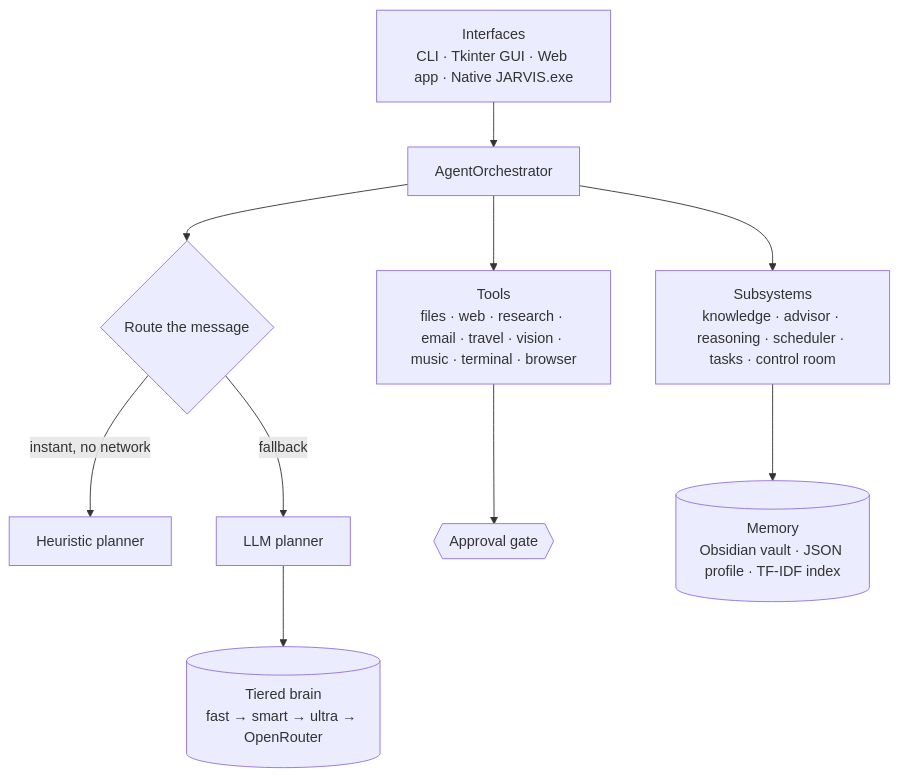
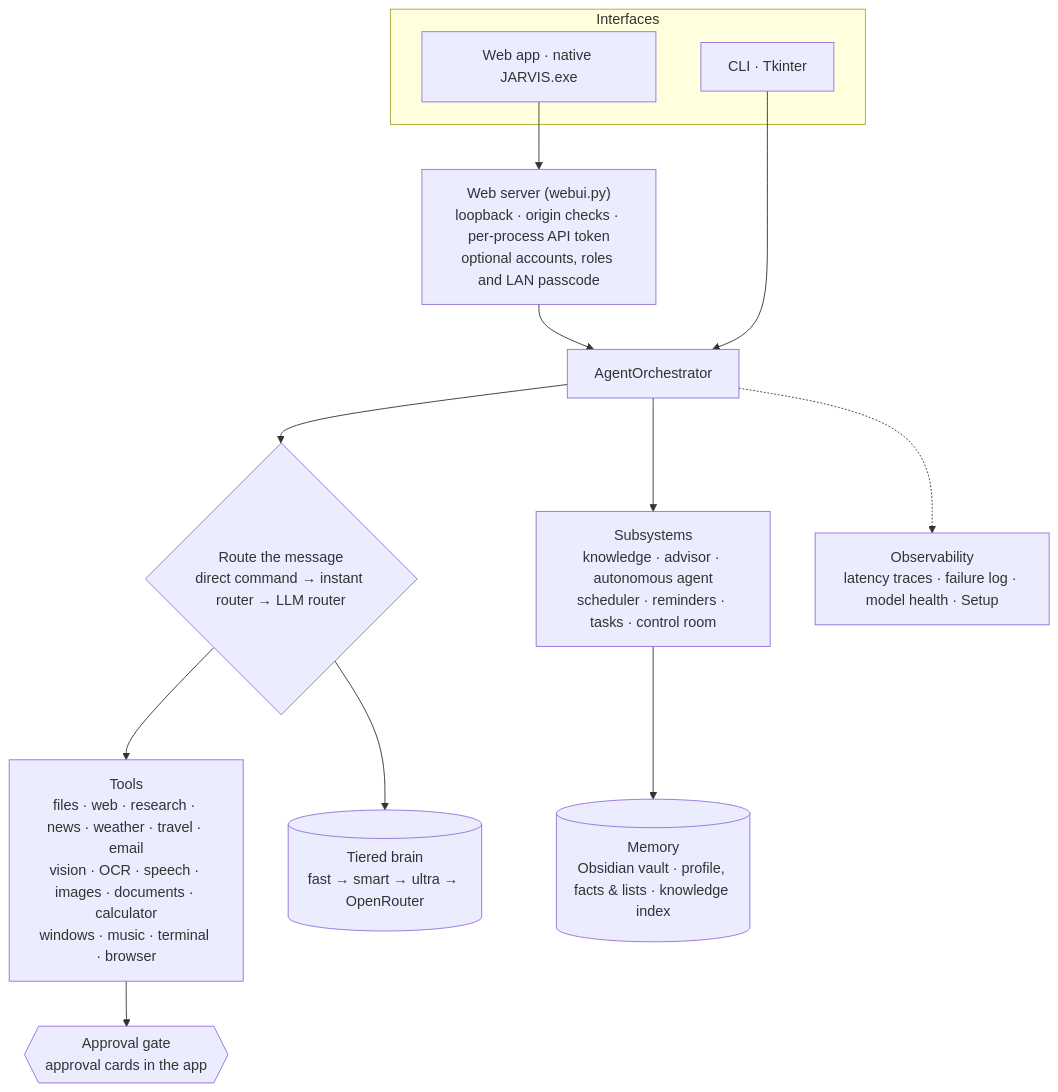
The first of 8 diagrams in README.md (JeevanReddy0828/Personal-AI-Agent-Assistant), drawn with Mermaid before and after one commit. The commit also changed other lines of this file and 7 other files, not shown here.

First line of the commit message:
README: everything built so far, with screenshots and flow charts

````diff
--- a/README.md
+++ b/README.md
@@ -32,12 +80,17 @@
 ```mermaid
 flowchart TD
-  UI["Interfaces<br/>CLI · Tkinter GUI · Web app · Native JARVIS.exe"] --> ORC[AgentOrchestrator]
-  ORC --> ROUTER{Route the message}
-  ROUTER -->|instant, no network| HEUR[Heuristic planner]
-  ROUTER -->|fallback| LLM[LLM planner]
-  LLM --> BRAIN[("Tiered brain<br/>fast → smart → ultra → OpenRouter")]
-  ORC --> TOOLS["Tools<br/>files · web · research · email · travel · vision · music · terminal · browser"]
-  ORC --> SUBS["Subsystems<br/>knowledge · advisor · reasoning · scheduler · tasks · control room"]
-  TOOLS --> GATE{{Approval gate}}
-  SUBS --> MEM[("Memory<br/>Obsidian vault · JSON profile · TF-IDF index")]
+  subgraph Interfaces
+    APP["Web app · native JARVIS.exe"]
+    TERM["CLI · Tkinter"]
+  end
+  APP --> SRV["Web server (webui.py)<br/>loopback · origin checks · per-process API token<br/>optional accounts, roles and LAN passcode"]
+  SRV --> ORC[AgentOrchestrator]
+  TERM --> ORC
+  ORC --> ROUTE{"Route the message<br/>direct command → instant router → LLM router"}
+  ROUTE --> TOOLS["Tools<br/>files · web · research · news · weather · travel · email<br/>vision · OCR · speech · images · documents · calculator<br/>windows · music · terminal · browser"]
+  ROUTE --> BRAIN[("Tiered brain<br/>fast → smart → ultra → OpenRouter")]
+  ORC --> SUBS["Subsystems<br/>knowledge · advisor · autonomous agent<br/>scheduler · reminders · tasks · control room"]
+  TOOLS --> GATE{{"Approval gate<br/>approval cards in the app"}}
+  SUBS --> MEM[("Memory<br/>Obsidian vault · profile, facts & lists · knowledge index")]
+  ORC -.-> OBS["Observability<br/>latency traces · failure log · model health · Setup"]
 ```
````
